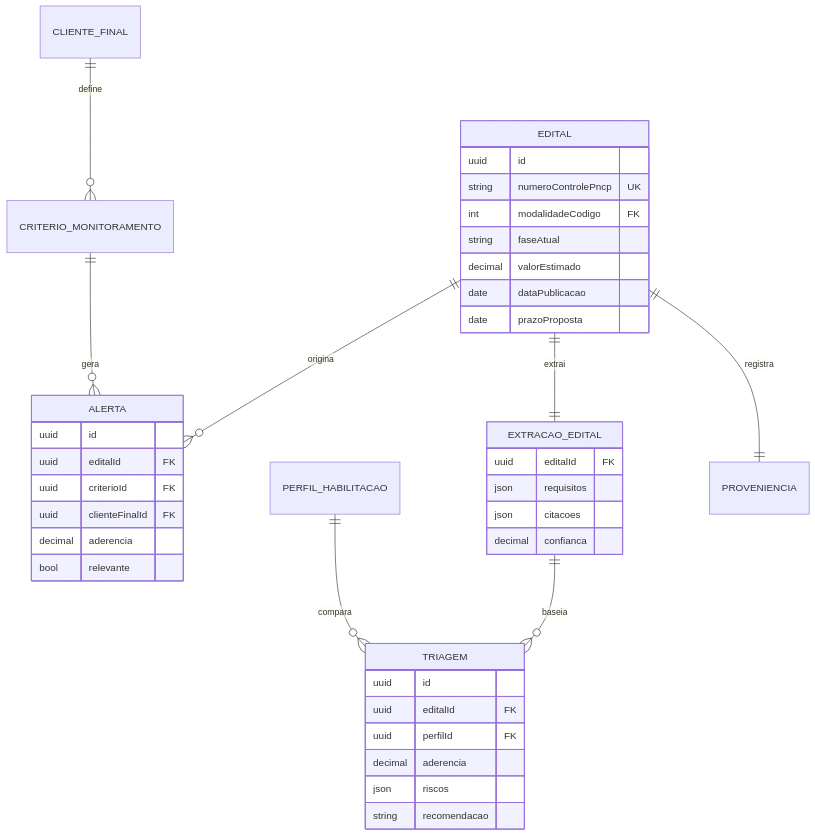
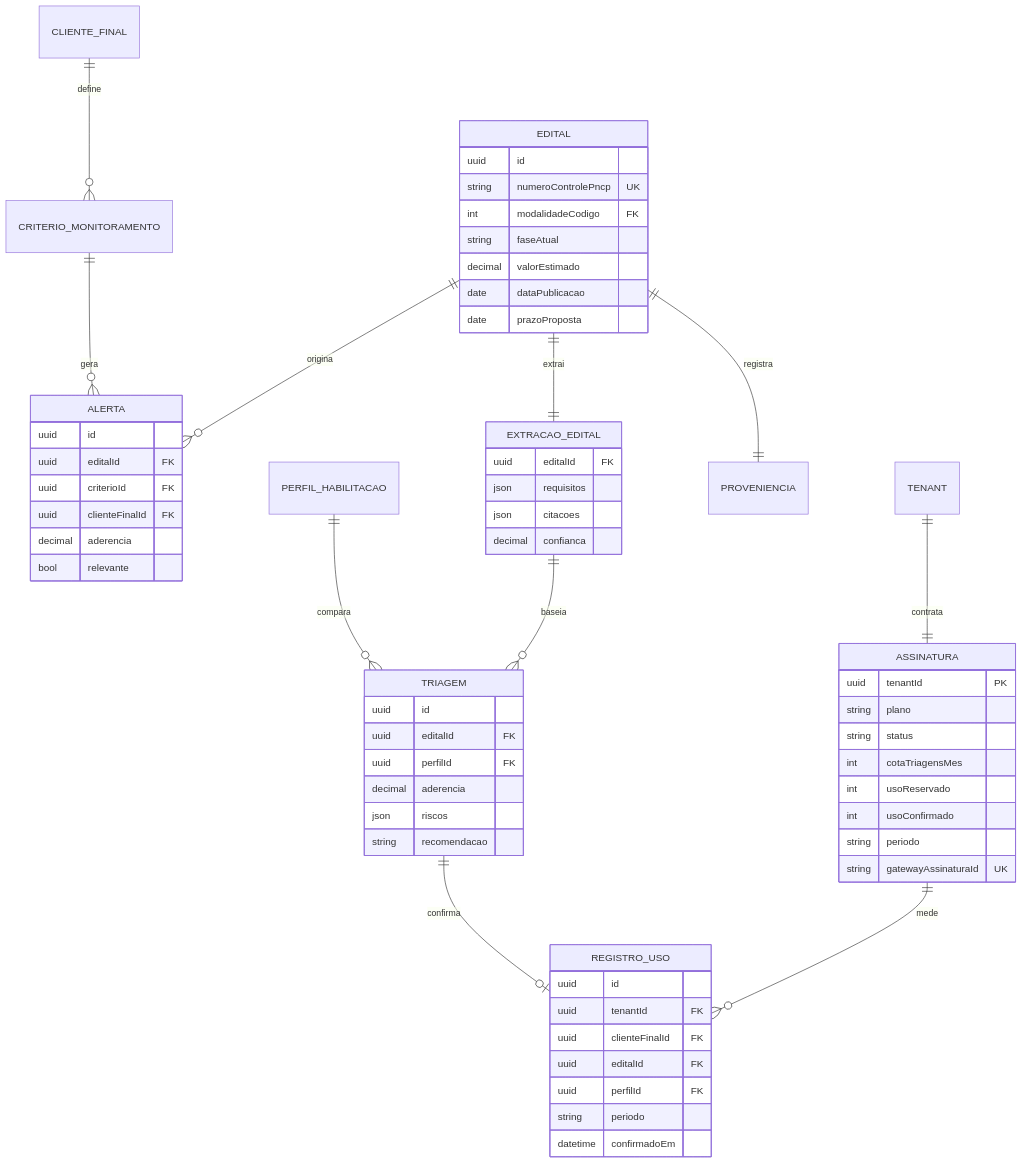
Before and after one commit to nashjunior/radar: the second of 2 diagrams in arquitetura/03-desenho-da-solucao.md, drawn with Mermaid. The commit also changed other lines of this file and 6 other files, not shown here.

````diff
--- a/arquitetura/03-desenho-da-solucao.md
+++ b/arquitetura/03-desenho-da-solucao.md
@@ -73,41 +79,63 @@
 ```mermaid
 erDiagram
     EDITAL ||--o{ ALERTA : origina
     CRITERIO_MONITORAMENTO ||--o{ ALERTA : gera
     EDITAL ||--|| EXTRACAO_EDITAL : extrai
     EXTRACAO_EDITAL ||--o{ TRIAGEM : baseia
     PERFIL_HABILITACAO ||--o{ TRIAGEM : compara
     EDITAL ||--|| PROVENIENCIA : registra
     CLIENTE_FINAL ||--o{ CRITERIO_MONITORAMENTO : define
+    TENANT ||--|| ASSINATURA : contrata
+    ASSINATURA ||--o{ REGISTRO_USO : mede
+    TRIAGEM ||--o| REGISTRO_USO : confirma
     EDITAL {
         uuid id
         string numeroControlePncp UK
         int modalidadeCodigo FK
         string faseAtual
         decimal valorEstimado
         date dataPublicacao
         date prazoProposta
     }
     ALERTA {
         uuid id
         uuid editalId FK
         uuid criterioId FK
         uuid clienteFinalId FK
         decimal aderencia
         bool relevante
     }
     EXTRACAO_EDITAL {
         uuid editalId FK
         json requisitos
         json citacoes
         decimal confianca
     }
     TRIAGEM {
         uuid id
         uuid editalId FK
         uuid perfilId FK
         decimal aderencia
         json riscos
         string recomendacao
     }
+    ASSINATURA {
+        uuid tenantId PK
+        string plano
+        string status
+        int cotaTriagensMes
+        int usoReservado
+        int usoConfirmado
+        string periodo
+        string gatewayAssinaturaId UK
+    }
+    REGISTRO_USO {
+        uuid id
+        uuid tenantId FK
+        uuid clienteFinalId FK
+        uuid editalId FK
+        uuid perfilId FK
+        string periodo
+        datetime confirmadoEm
+    }
 ```
````
